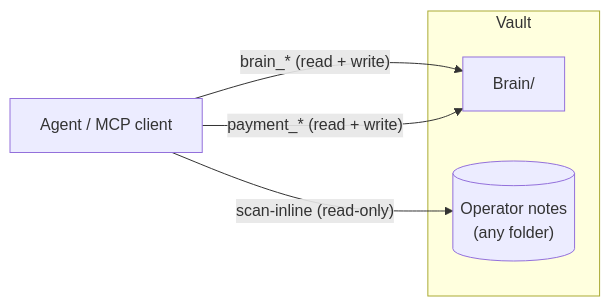
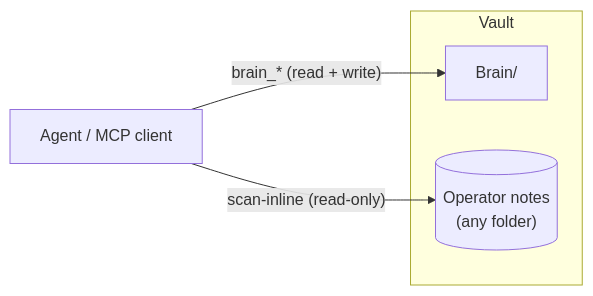
The first of 12 diagrams in docs/how-it-works.md (itechmeat/open-second-brain), drawn with Mermaid before and after one commit. The commit also changed other lines of this file and 72 other files, not shown here.

````diff
--- a/docs/how-it-works.md
+++ b/docs/how-it-works.md
@@ -66,12 +58,11 @@
 ```mermaid
 flowchart LR
     Agent[Agent / MCP client]
     subgraph Vault
         Brain[Brain/]
         Notes[("Operator notes<br/>(any folder)")]
     end
 
     Agent -- "brain_* (read + write)" --> Brain
-    Agent -- "payment_* (read + write)" --> Brain
     Agent -- "scan-inline (read-only)" --> Notes
 ```
````
